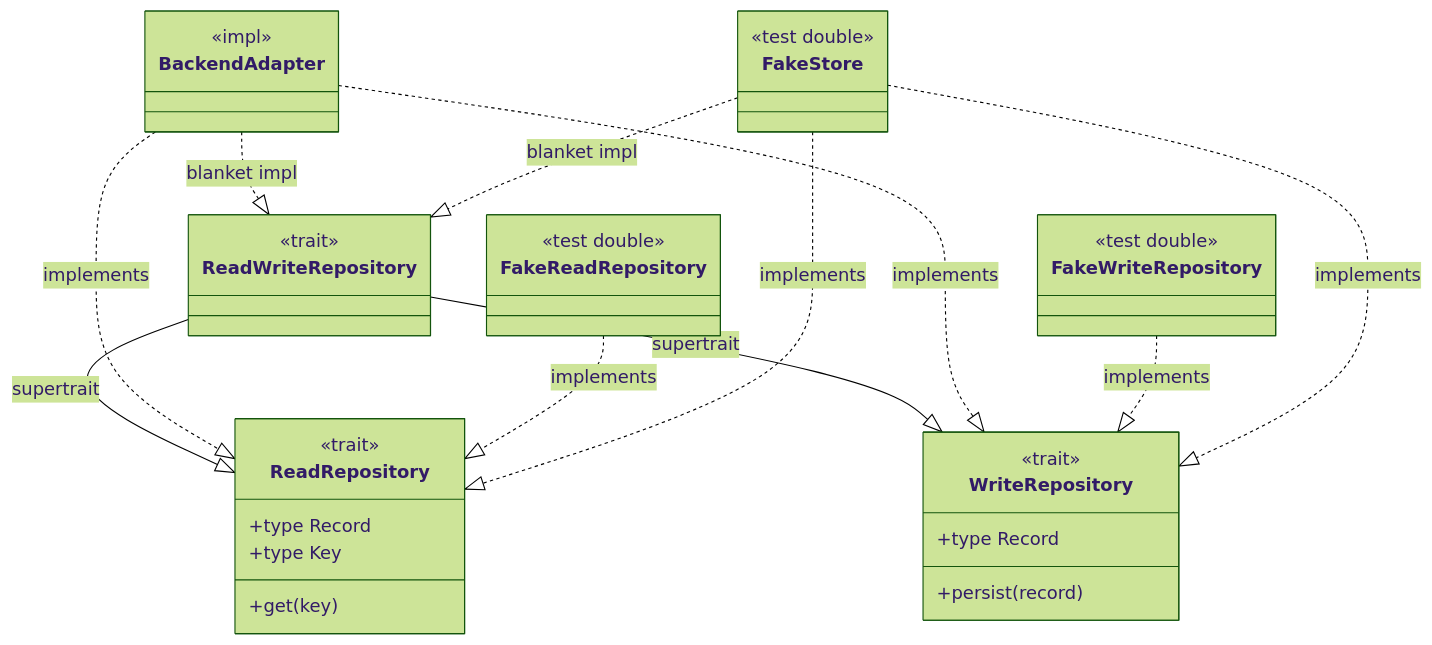
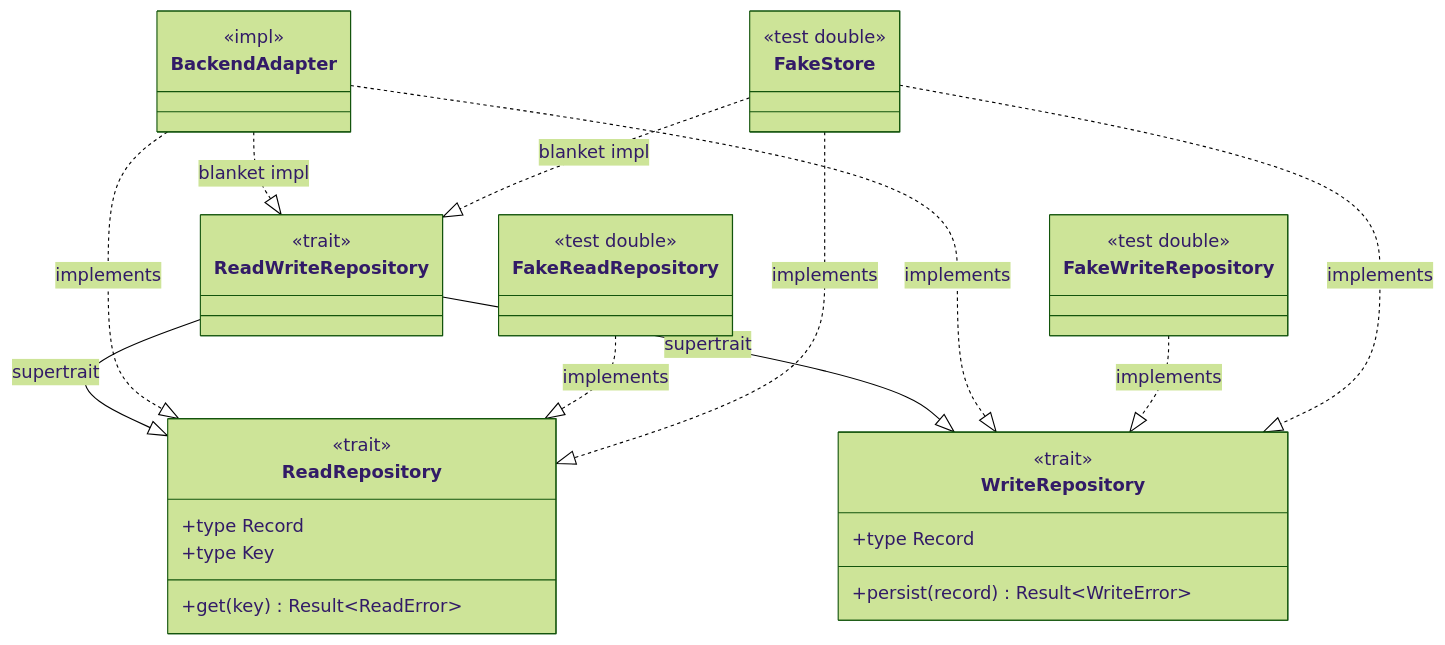
Before and after one commit to ironcapitaleu/arkad: the diagram in storage/design/data_model/capability_split_trait_hierarchy.md, drawn with Mermaid (forest theme). The commit also changed other lines of this file, not shown here.

First line of the commit message:
doc(storage): fix read-write capability binding and diagram errors

````diff
--- a/storage/design/data_model/capability_split_trait_hierarchy.md
+++ b/storage/design/data_model/capability_split_trait_hierarchy.md
@@ -102,42 +104,42 @@
 ```mermaid
 classDiagram
     class WriteRepository {
         <<trait>>
         +type Record
-        +persist(record)
+        +persist(record) Result~WriteError~
     }
     class ReadRepository {
         <<trait>>
         +type Record
         +type Key
-        +get(key)
+        +get(key) Result~ReadError~
     }
     class ReadWriteRepository {
         <<trait>>
     }
     class BackendAdapter {
         <<impl>>
     }
     class FakeWriteRepository {
         <<test double>>
     }
     class FakeReadRepository {
         <<test double>>
     }
     class FakeStore {
         <<test double>>
     }
 
     ReadWriteRepository --|> ReadRepository : supertrait
     ReadWriteRepository --|> WriteRepository : supertrait
 
     BackendAdapter ..|> ReadRepository : implements
     BackendAdapter ..|> WriteRepository : implements
     BackendAdapter ..|> ReadWriteRepository : blanket impl
 
     FakeWriteRepository ..|> WriteRepository : implements
     FakeReadRepository ..|> ReadRepository : implements
     FakeStore ..|> ReadRepository : implements
     FakeStore ..|> WriteRepository : implements
     FakeStore ..|> ReadWriteRepository : blanket impl
 ```
````
